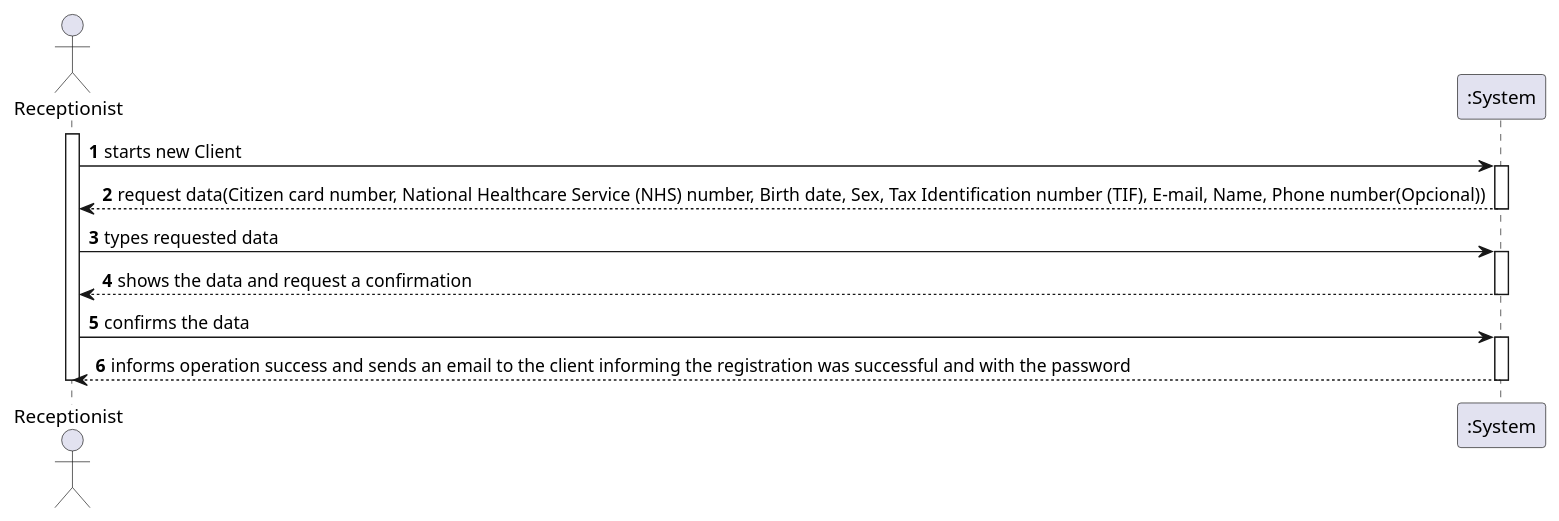
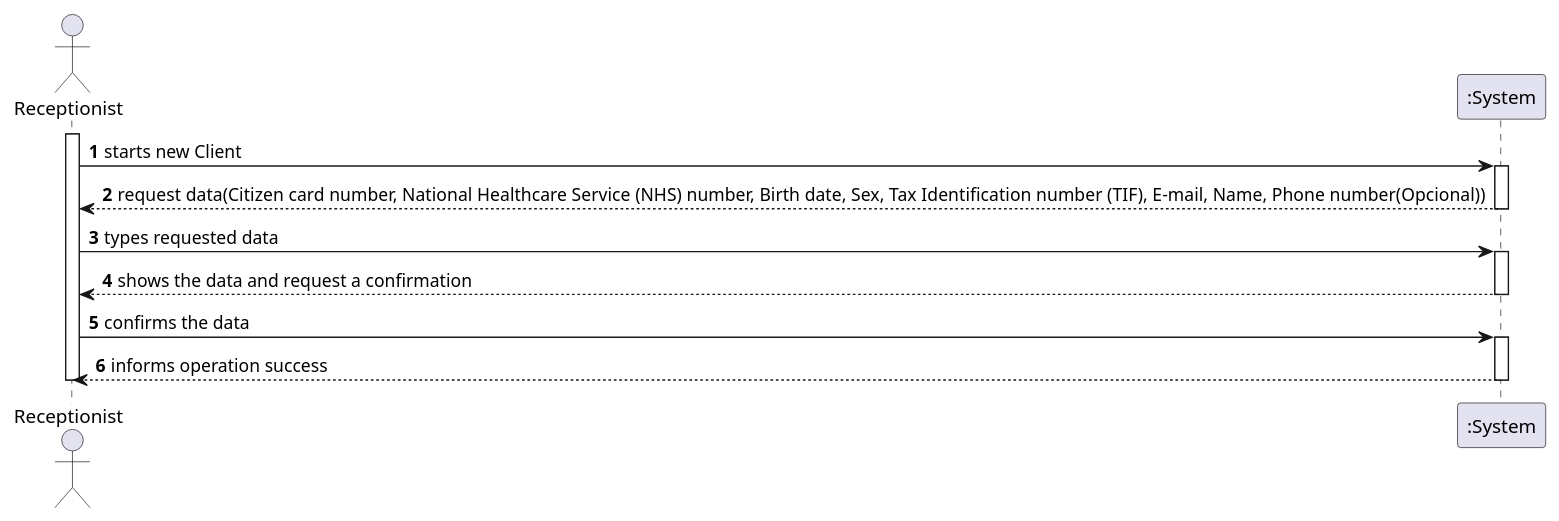
One commit to Pedromaia26/LAPR2-ISEP changed the diagram in docs/SprintB/US3_RegisterClient/US003_SSD.puml. Above: the diagram before and after it, drawn with PlantUML.

Commit message:
ssd edit

```diff
--- a/docs/SprintB/US3_RegisterClient/US003_SSD.puml
+++ b/docs/SprintB/US3_RegisterClient/US003_SSD.puml
@@ -1,20 +1,20 @@
 @startuml
 actor Receptionist as Adm
 participant ":System" as System
 
 autonumber
 activate Adm
 Adm -> System: starts new Client
 activate System
 System --> Adm: request data(Citizen card number, National Healthcare Service (NHS) number, Birth date, Sex, Tax Identification number (TIF), E-mail, Name, Phone number(Opcional))
 deactivate System
 Adm -> System: types requested data
 activate System
 System --> Adm: shows the data and request a confirmation
 deactivate System
 Adm -> System: confirms the data
 activate System
-System --> Adm: informs operation success and sends an email to the client informing the registration was successful and with the password 
+System --> Adm: informs operation success 
 deactivate System
 deactivate Adm
 @enduml
```
